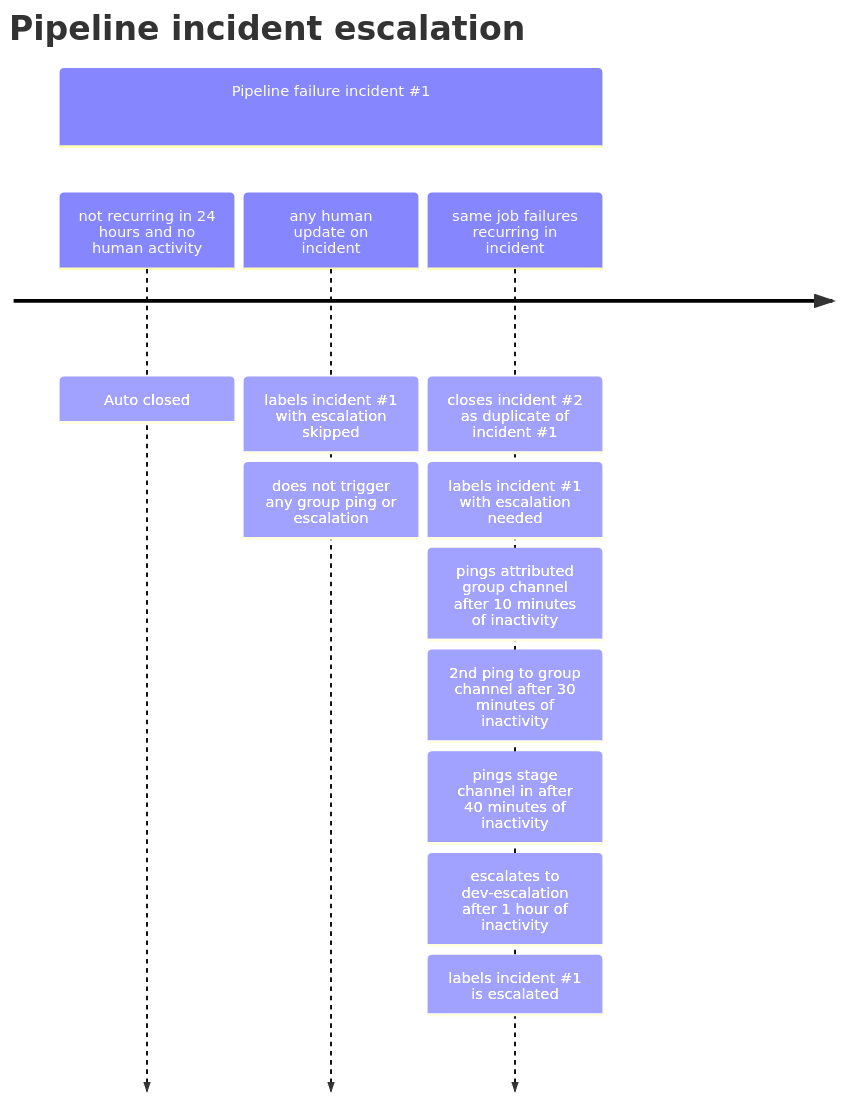
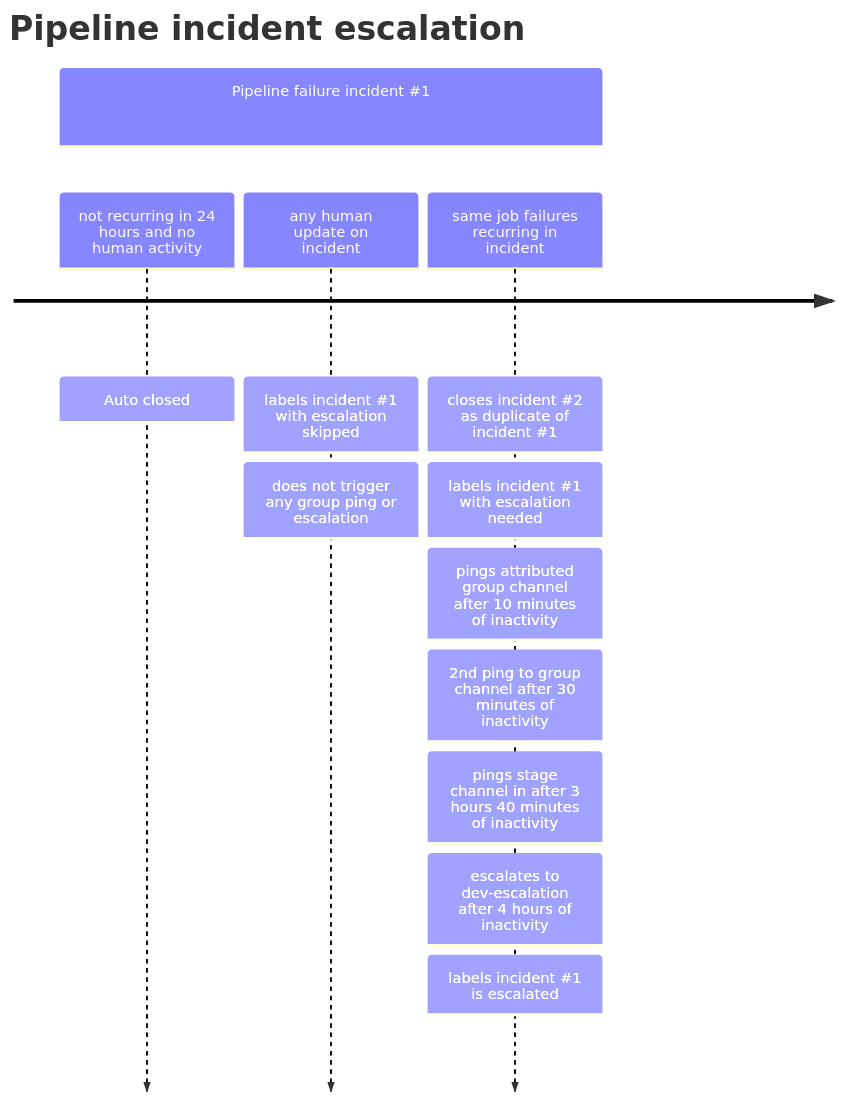
One commit to secretstartups/handbook changed the diagram in content/handbook/engineering/workflow/_index.md. Above: the diagram before and after it, drawn with Mermaid. The commit also changed other lines of this file, not shown here.

Commit message:
Update guidance for master broken escalation on weekend and holidays

````diff
--- a/content/handbook/engineering/workflow/_index.md
+++ b/content/handbook/engineering/workflow/_index.md
@@ -65,17 +65,17 @@
 ```mermaid
 timeline
   title Pipeline incident escalation
     section Pipeline failure incident #1
       not recurring in 24 hours and no human activity : Auto closed
       any human update on incident #1
         : labels incident #1 with escalation skipped
         : does not trigger any group ping or escalation
       same job failures recurring in incident #2
         : closes incident #2 as duplicate of incident #1
         : labels incident #1 with escalation needed
         : pings attributed group channel after 10 minutes of inactivity
         : 2nd ping to group channel after 30 minutes of inactivity
-        : pings stage channel in after 40 minutes of inactivity
-        : escalates to dev-escalation after 1 hour of inactivity
+        : pings stage channel in after 3 hours 40 minutes of inactivity
+        : escalates to dev-escalation after 4 hours of inactivity
         : labels incident #1 is escalated
 ```
````
